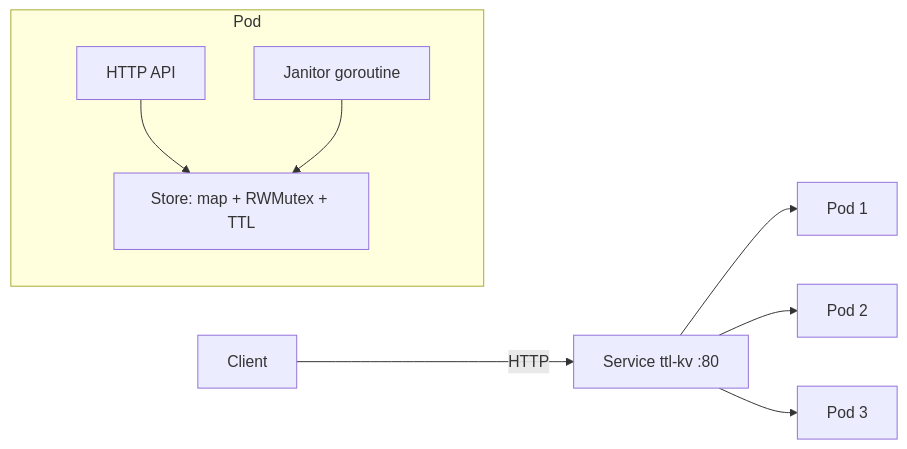
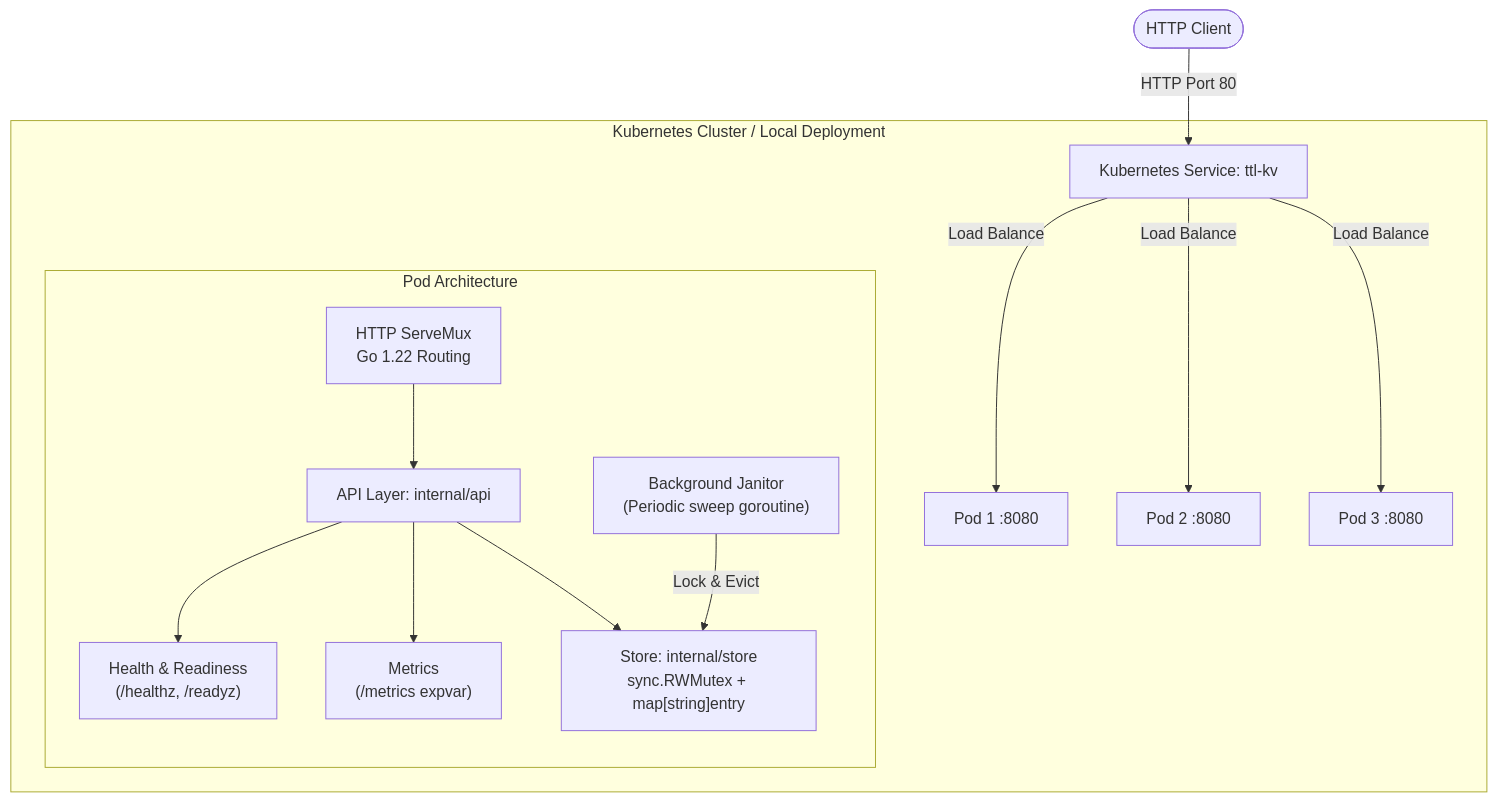
One commit to ROHAN-BHUTANI/ttl-kv-service changed the first of 2 diagrams in README.md. Above: the diagram before and after it, drawn with Mermaid. The commit also changed other lines of this file and 5 other files, not shown here.

Commit message:
Complete TTL KV service benchmarks and operational validation

````diff
--- a/README.md
+++ b/README.md
@@ -9,11 +9,19 @@
 ```mermaid
-flowchart LR
-    C[Client] -->|HTTP| S[Service ttl-kv :80]
-    S --> P1[Pod 1]
-    S --> P2[Pod 2]
-    S --> P3[Pod 3]
-    subgraph Pod
-      A[HTTP API] --> ST[Store: map + RWMutex + TTL]
-      J[Janitor goroutine] --> ST
+flowchart TD
+    Client([HTTP Client]) -->|HTTP Port 80| K8sSvc[Kubernetes Service: ttl-kv]
+
+    subgraph Cluster [Kubernetes Cluster / Local Deployment]
+        K8sSvc -->|Load Balance| Pod1[Pod 1 :8080]
+        K8sSvc -->|Load Balance| Pod2[Pod 2 :8080]
+        K8sSvc -->|Load Balance| Pod3[Pod 3 :8080]
+
+        subgraph Pod [Pod Architecture]
+            direction TB
+            Mux[HTTP ServeMux<br/>Go 1.22 Routing] --> API[API Layer: internal/api]
+            API --> Probes["Health & Readiness<br/>(/healthz, /readyz)"]
+            API --> Metrics["Metrics<br/>(/metrics expvar)"]
+            API --> Store["Store: internal/store<br/>sync.RWMutex + map[string]entry"]
+            Janitor["Background Janitor<br/>(Periodic sweep goroutine)"] -->|Lock & Evict| Store
+        end
     end
 ```
````
